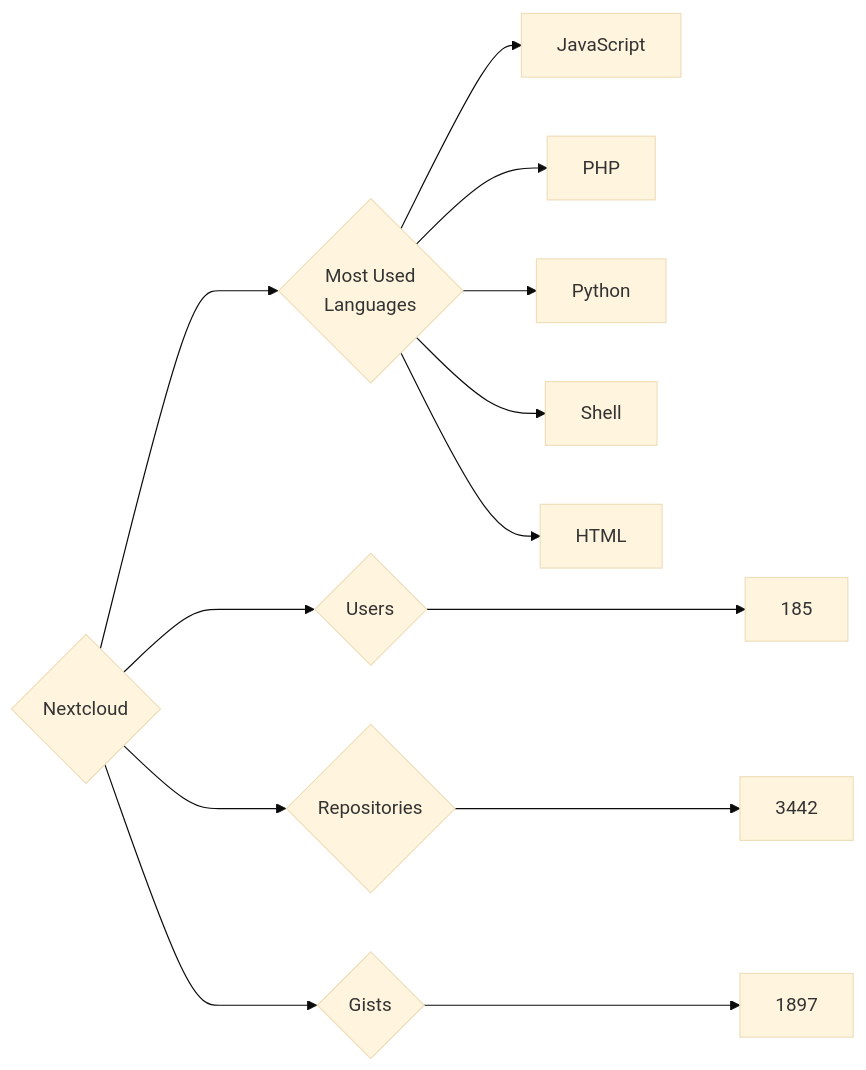
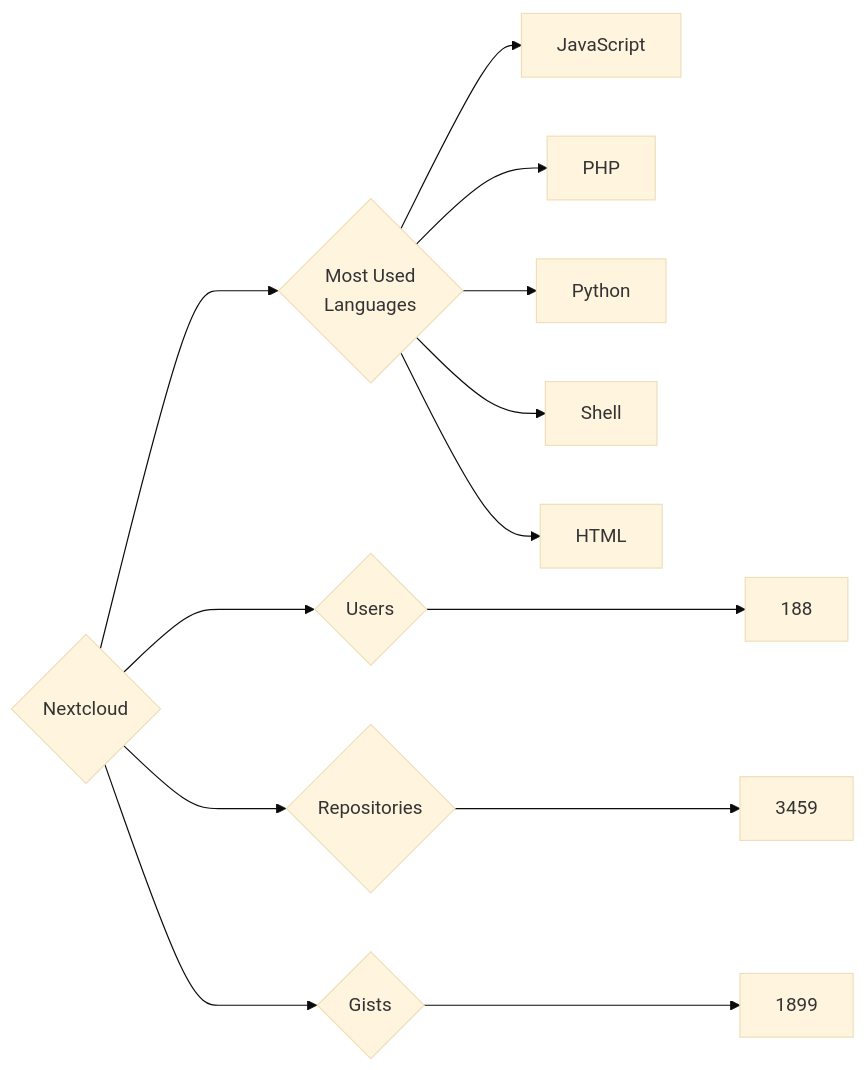
One commit to trickest/insiders changed the diagram in targets/Nextcloud/README.md. Above: the diagram before and after it, drawn with Mermaid (base theme). The commit also changed 860 other files, not shown here.

````diff
--- a/targets/Nextcloud/README.md
+++ b/targets/Nextcloud/README.md
@@ -3,13 +3,13 @@
 ```mermaid
 graph LR
 COMPANY_NAME{Nextcloud}
-COMPANY_NAME ---> U{Users} ---> UN[185]
-COMPANY_NAME ---> R{Repositories} ---> RN[3442]
-COMPANY_NAME ---> G{Gists} ---> GN[1897]
+COMPANY_NAME ---> U{Users} ---> UN[188]
+COMPANY_NAME ---> R{Repositories} ---> RN[3459]
+COMPANY_NAME ---> G{Gists} ---> GN[1899]
 COMPANY_NAME ---> ML{Most Used<br>Languages}
 ML --> JavaScript[JavaScript]
 ML --> PHP[PHP]
 ML --> Python[Python]
 ML --> Shell[Shell]
 ML --> HTML[HTML]
 ```
````
